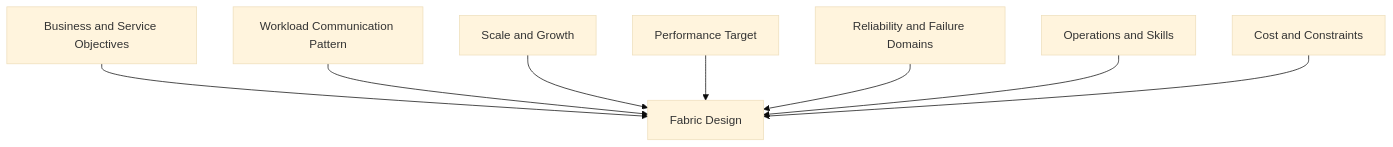
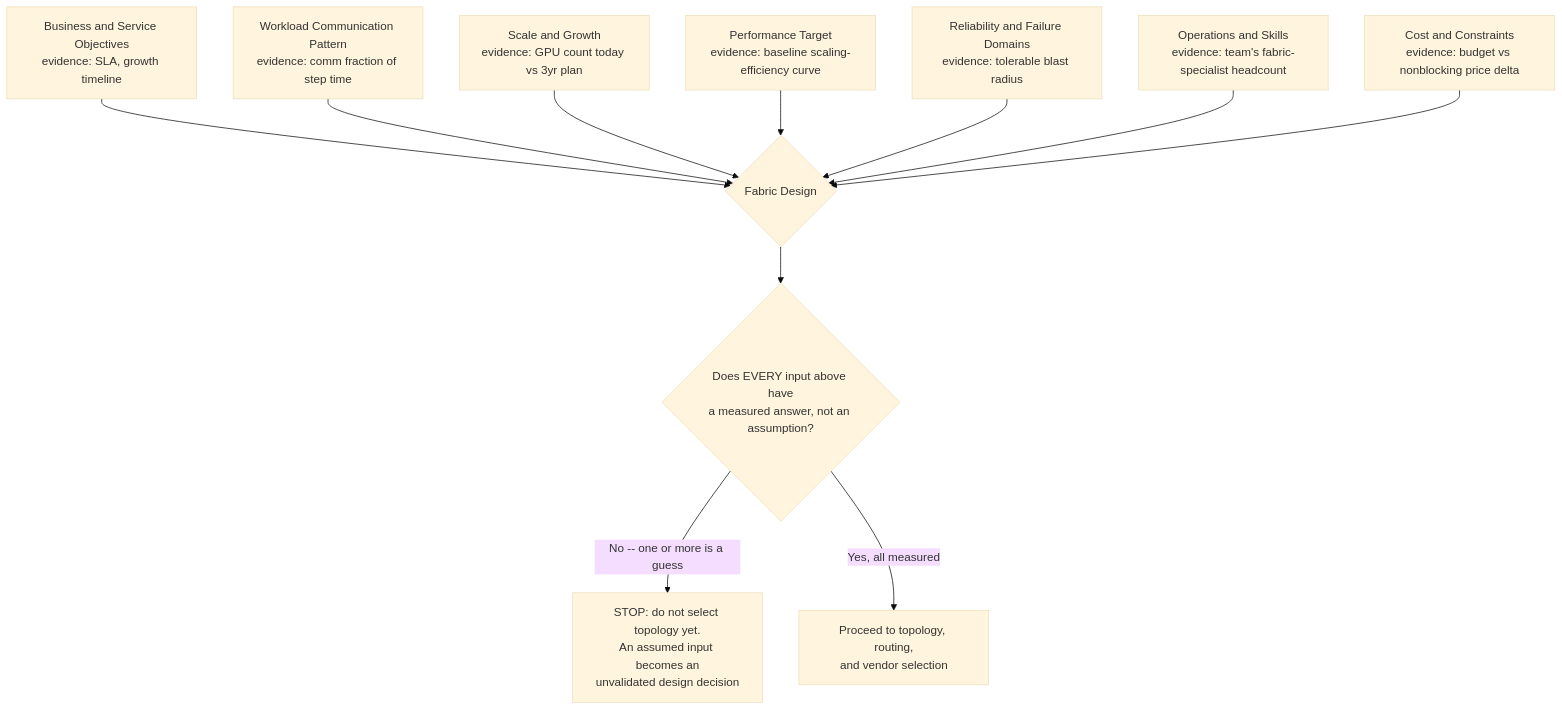
Before and after one commit to jithinpnjm/nvidia-devops: the first of 2 diagrams in docs/nvidia-zero-to-hero/volume-08/chapter-11-production-design-scenarios.md, drawn with Mermaid (base theme). The commit also changed other lines of this file, not shown here.

Commit message:
WIP: depth rework chapter 11 complete

````diff
--- a/docs/nvidia-zero-to-hero/volume-08/chapter-11-production-design-scenarios.md
+++ b/docs/nvidia-zero-to-hero/volume-08/chapter-11-production-design-scenarios.md
@@ -27,19 +27,15 @@
 ```mermaid
 flowchart TD
-    B[Business and Service Objectives]
-    W[Workload Communication Pattern]
-    S[Scale and Growth]
-    P[Performance Target]
-    R[Reliability and Failure Domains]
-    O[Operations and Skills]
-    C[Cost and Constraints]
-    D[Fabric Design]
+    B["Business and Service Objectives<br/>evidence: SLA, growth timeline"] --> D
+    W["Workload Communication Pattern<br/>evidence: comm fraction of step time"] --> D
+    S["Scale and Growth<br/>evidence: GPU count today vs 3yr plan"] --> D
+    P["Performance Target<br/>evidence: baseline scaling-efficiency curve"] --> D
+    R["Reliability and Failure Domains<br/>evidence: tolerable blast radius"] --> D
+    O["Operations and Skills<br/>evidence: team's fabric-specialist headcount"] --> D
+    C["Cost and Constraints<br/>evidence: budget vs nonblocking price delta"] --> D
+    D{"Fabric Design"}
 
-    B --> D
-    W --> D
-    S --> D
-    P --> D
-    R --> D
-    O --> D
-    C --> D
+    D --> Check{"Does EVERY input above have<br/>a measured answer, not an assumption?"}
+    Check -->|"No -- one or more is a guess"| Stop["STOP: do not select topology yet.<br/>An assumed input becomes an<br/>unvalidated design decision"]
+    Check -->|"Yes, all measured"| Go["Proceed to topology, routing,<br/>and vendor selection"]
 ```
````
